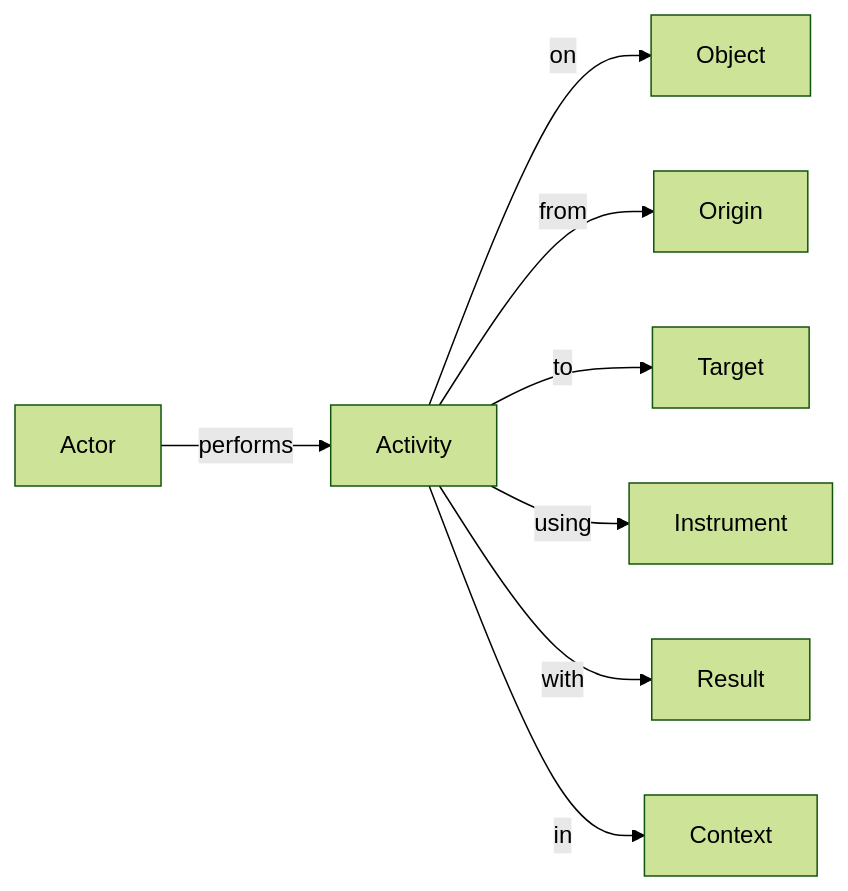
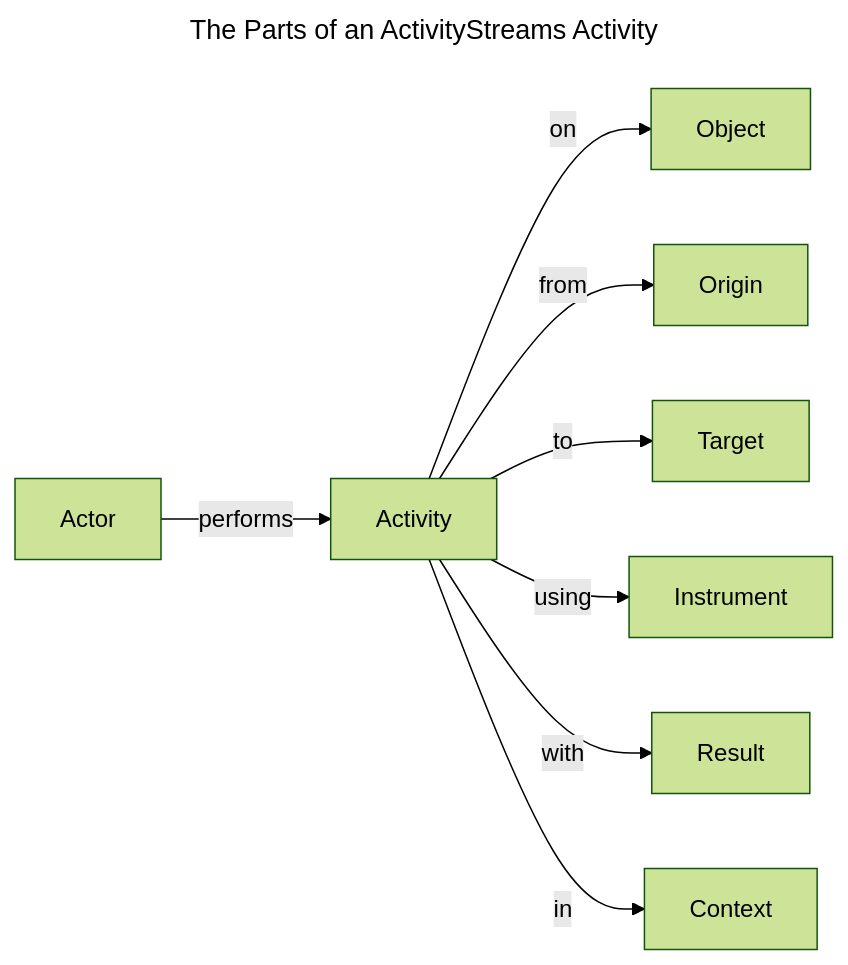
One commit to CERTCC/Vultron changed the diagram in docs/howto/activitypub/index.md. Above: the diagram before and after it, drawn with Mermaid (forest theme). The commit also changed other lines of this file and 11 other files, not shown here.

````diff
--- a/docs/howto/activitypub/index.md
+++ b/docs/howto/activitypub/index.md
@@ -27,10 +25,13 @@
 ```mermaid
+---
+title: The Parts of an ActivityStreams Activity
+---
 flowchart LR
     Actor -->|performs| Activity
     Activity -->|on| Object
     Activity -->|from| Origin
     Activity -->|to| Target
     Activity -->|using| Instrument
     Activity -->|with| Result
     Activity -->|in| Context
 ```
````
